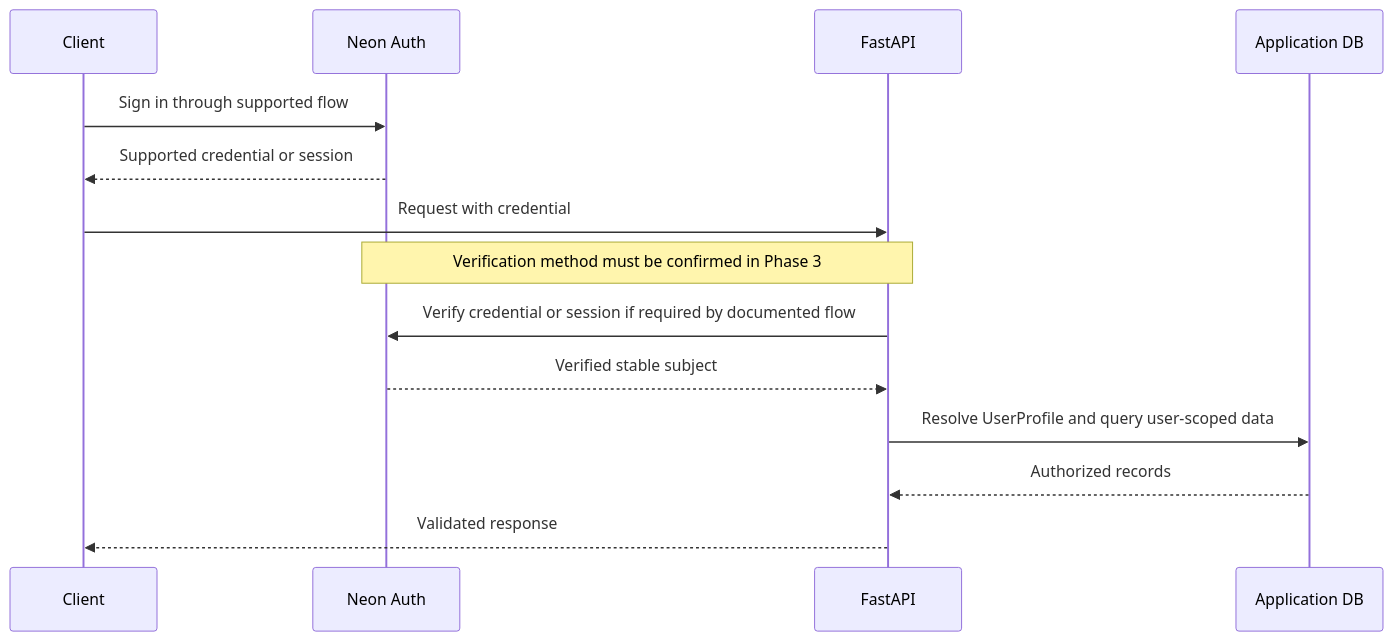
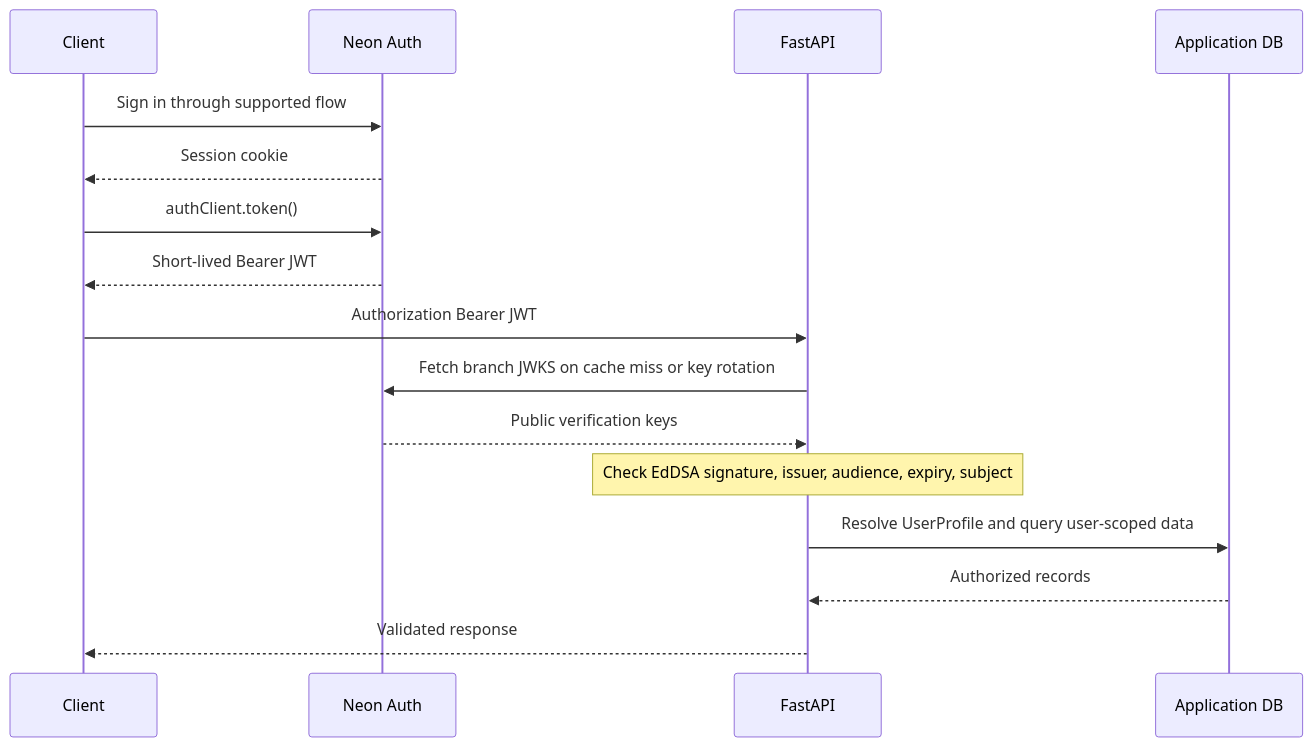
Before and after one commit to Galaktikon/personal_finance_api: the diagram in docs/diagrams/authentication-flow.mmd, drawn with Mermaid. The commit also changed 28 other files, not shown here.

First line of the commit message:
Phase 3: Neon Auth and user-scoped CRUD

```diff
--- a/docs/diagrams/authentication-flow.mmd
+++ b/docs/diagrams/authentication-flow.mmd
@@ -1,14 +1,16 @@
 sequenceDiagram
   participant C as Client
   participant N as Neon Auth
   participant A as FastAPI
   participant D as Application DB
   C->>N: Sign in through supported flow
-  N-->>C: Supported credential or session
-  C->>A: Request with credential
-  Note over A,N: Verification method must be confirmed in Phase 3
-  A->>N: Verify credential or session if required by documented flow
-  N-->>A: Verified stable subject
+  N-->>C: Session cookie
+  C->>N: authClient.token()
+  N-->>C: Short-lived Bearer JWT
+  C->>A: Authorization Bearer JWT
+  A->>N: Fetch branch JWKS on cache miss or key rotation
+  N-->>A: Public verification keys
+  Note over A: Check EdDSA signature, issuer, audience, expiry, subject
   A->>D: Resolve UserProfile and query user-scoped data
   D-->>A: Authorized records
   A-->>C: Validated response
```
